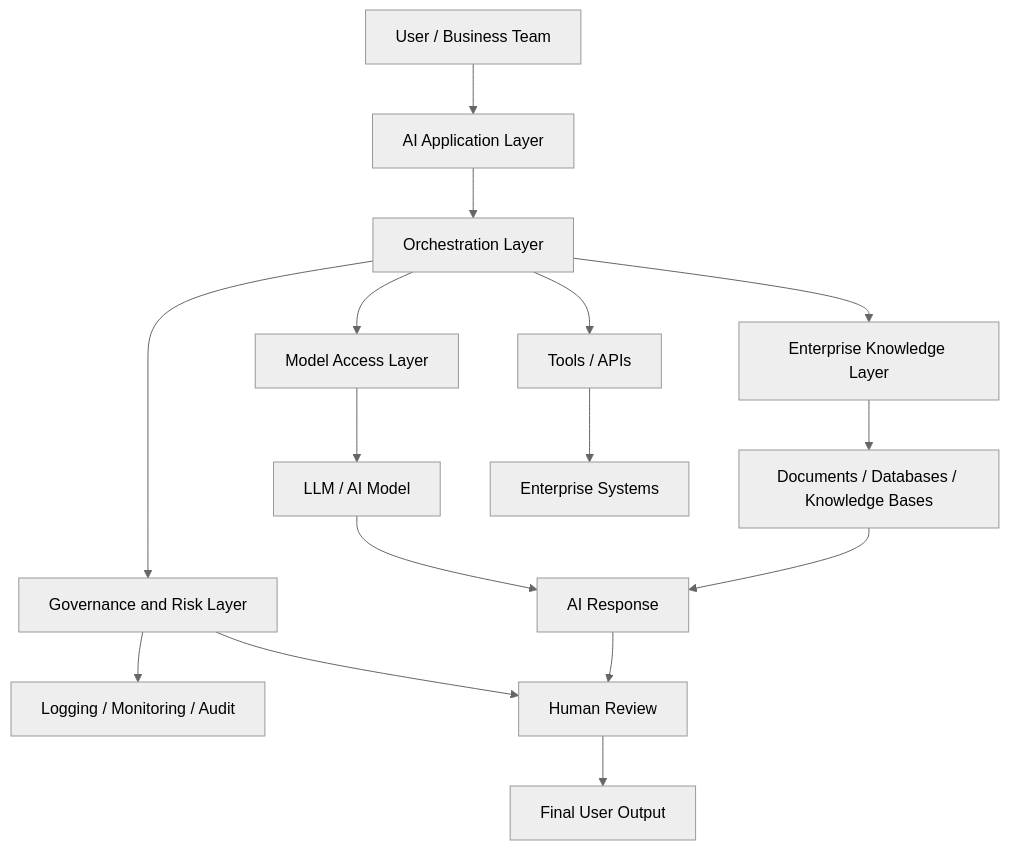
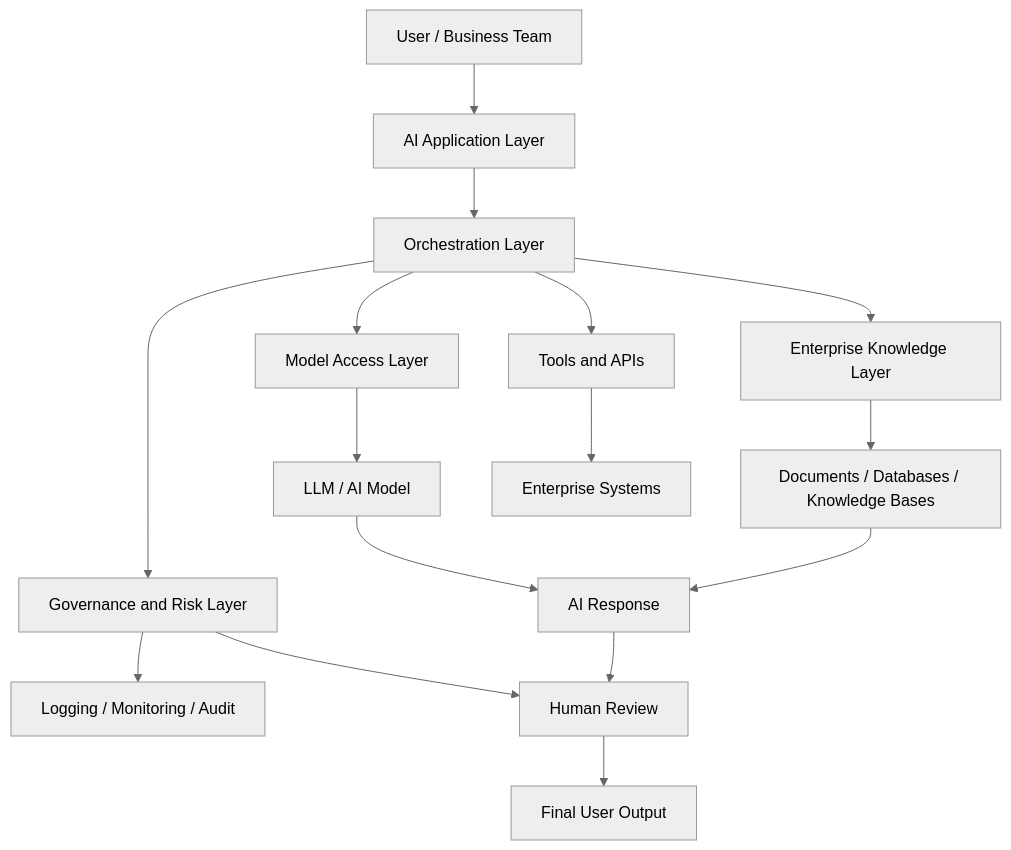
Before and after one commit to rajbsingh/enterprise-ai-architecture-patterns: the first of 4 diagrams in architecture-diagrams.md, drawn with Mermaid (neutral theme). The commit also changed other lines of this file, not shown here.

First line of the commit message:
Revise architecture diagrams and patterns

````diff
--- a/architecture-diagrams.md
+++ b/architecture-diagrams.md
@@ -9,18 +11,21 @@
 ```mermaid
 flowchart TD
     A[User / Business Team] --> B[AI Application Layer]
     B --> C[Orchestration Layer]
     C --> D[Model Access Layer]
     C --> E[Enterprise Knowledge Layer]
-    C --> F[Tools / APIs]
+    C --> F[Tools and APIs]
+
     D --> G[LLM / AI Model]
     E --> H[Documents / Databases / Knowledge Bases]
     F --> I[Enterprise Systems]
+
     C --> J[Governance and Risk Layer]
     J --> K[Logging / Monitoring / Audit]
     J --> L[Human Review]
+
     G --> M[AI Response]
     H --> M
     M --> L
     L --> N[Final User Output]
 ```
````
